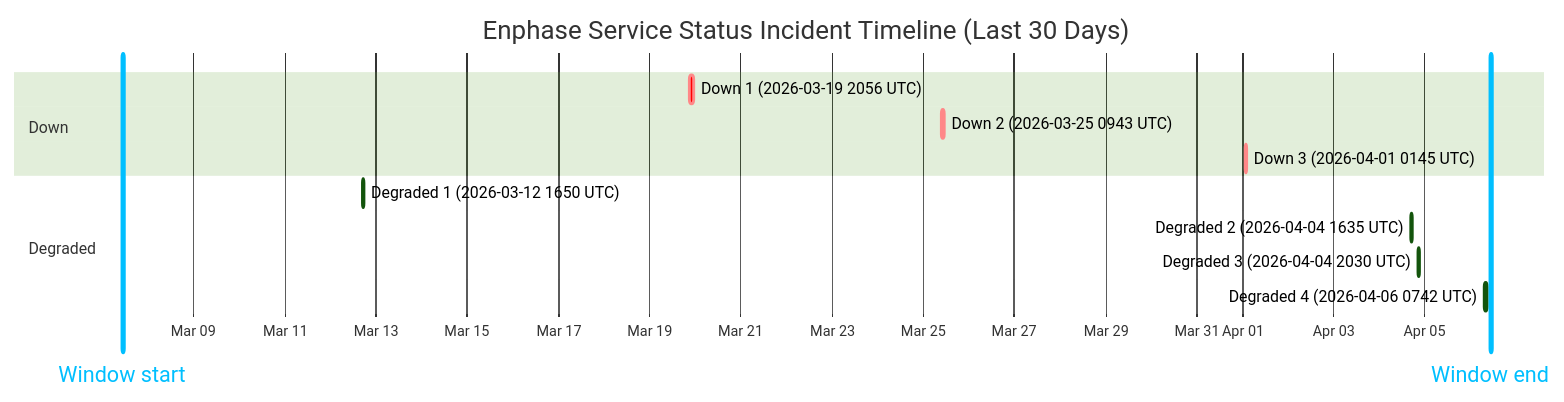
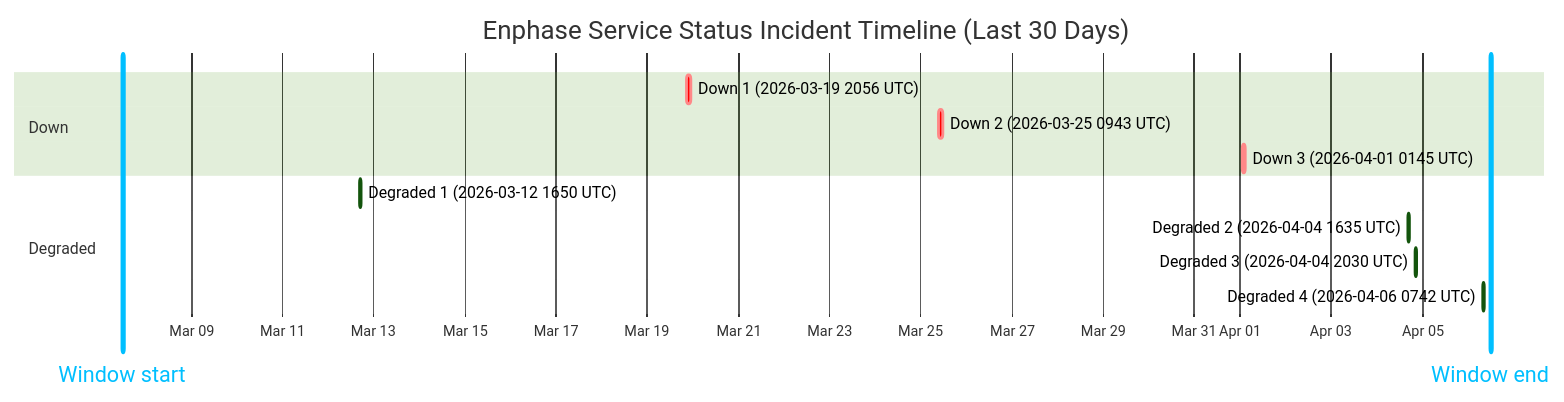
One commit to barneyonline/ha-enphase-ev-charger changed the diagram in wiki/Service-Status-History.md. Above: the diagram before and after it, drawn with Mermaid (forest theme). The commit also changed other lines of this file and 3 other files, not shown here.

````diff
--- a/wiki/Service-Status-History.md
+++ b/wiki/Service-Status-History.md
@@ -14,17 +14,17 @@
 ```mermaid
 gantt
     title Enphase Service Status Incident Timeline (Last 30 Days)
     dateFormat  YYYY-MM-DDTHH:mm:ss
     axisFormat  %b %d
-    Window start :vert, window-start, 2026-03-07T10:36:49, 0ms
-    Window end :vert, window-end, 2026-04-06T10:36:49, 0ms
+    Window start :vert, window-start, 2026-03-07T11:49:05, 0ms
+    Window end :vert, window-end, 2026-04-06T11:49:05, 0ms
     section Down
     Down 1 (2026-03-19 2056 UTC) :crit, down-1, 2026-03-19T20:56:20, 145m
     Down 2 (2026-03-25 0943 UTC) :crit, down-2, 2026-03-25T09:43:28, 111m
     Down 3 (2026-04-01 0145 UTC) :crit, down-3, 2026-04-01T01:45:09, 60m
     section Degraded
     Degraded 1 (2026-03-12 1650 UTC) :active, degraded-1, 2026-03-12T16:50:43, 60m
     Degraded 2 (2026-04-04 1635 UTC) :active, degraded-2, 2026-04-04T16:35:17, 60m
     Degraded 3 (2026-04-04 2030 UTC) :active, degraded-3, 2026-04-04T20:30:40, 60m
     Degraded 4 (2026-04-06 0742 UTC) :active, degraded-4, 2026-04-06T07:42:09, 85m
 ```
````
